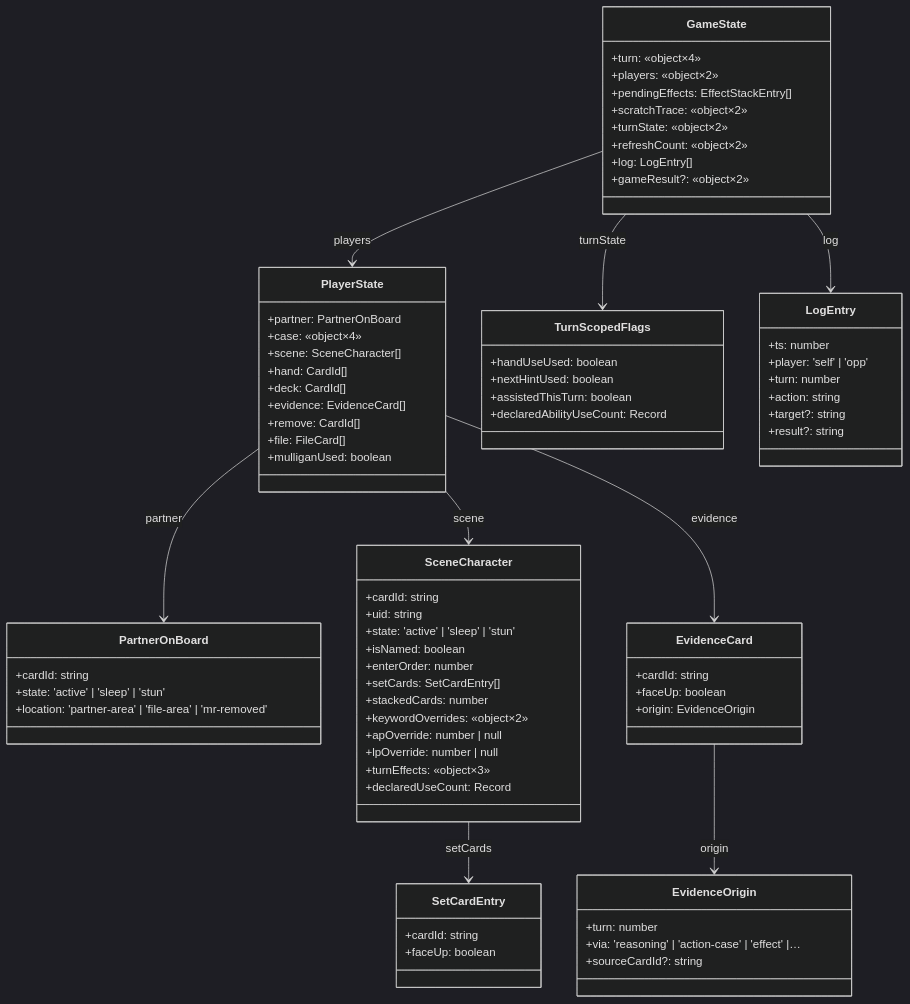
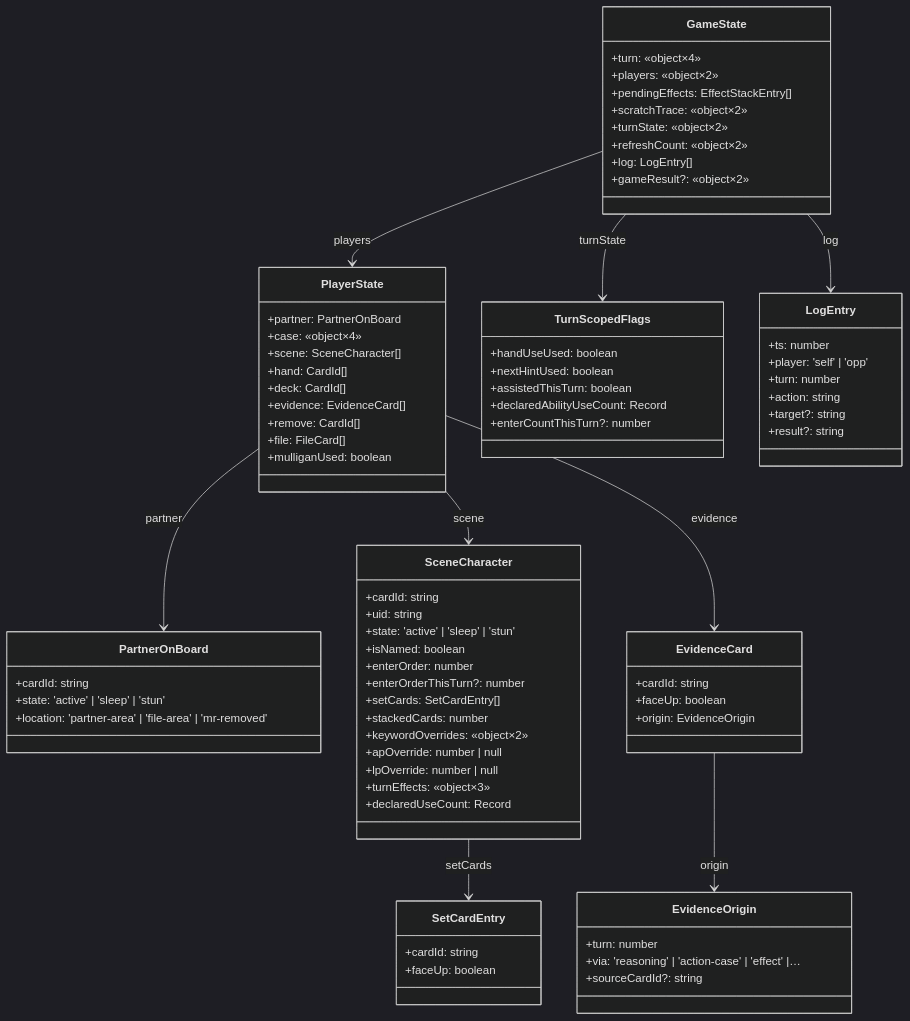
Before and after one commit to orihekat78/TCGApp: the diagram in .claude/auto/state/game-state.md, drawn with Mermaid (dark theme). The commit also changed other lines of this file and 79 other files, not shown here.

````diff
--- a/.claude/auto/state/game-state.md
+++ b/.claude/auto/state/game-state.md
@@ -13,79 +13,81 @@
 ```mermaid
 classDiagram
   class GameState {
     +turn: «object×4»
     +players: «object×2»
     +pendingEffects: EffectStackEntry[]
     +scratchTrace: «object×2»
     +turnState: «object×2»
     +refreshCount: «object×2»
     +log: LogEntry[]
     +gameResult?: «object×2»
   }
   class PlayerState {
     +partner: PartnerOnBoard
     +case: «object×4»
     +scene: SceneCharacter[]
     +hand: CardId[]
     +deck: CardId[]
     +evidence: EvidenceCard[]
     +remove: CardId[]
     +file: FileCard[]
     +mulliganUsed: boolean
   }
   class TurnScopedFlags {
     +handUseUsed: boolean
     +nextHintUsed: boolean
     +assistedThisTurn: boolean
     +declaredAbilityUseCount: Record<string, number>
+    +enterCountThisTurn?: number
   }
   class LogEntry {
     +ts: number
     +player: 'self' | 'opp'
     +turn: number
     +action: string
     +target?: string
     +result?: string
   }
   class PartnerOnBoard {
     +cardId: string
     +state: 'active' | 'sleep' | 'stun'
     +location: 'partner-area' | 'file-area' | 'mr-removed'
   }
   class SceneCharacter {
     +cardId: string
     +uid: string
     +state: 'active' | 'sleep' | 'stun'
     +isNamed: boolean
     +enterOrder: number
+    +enterOrderThisTurn?: number
     +setCards: SetCardEntry[]
     +stackedCards: number
     +keywordOverrides: «object×2»
     +apOverride: number | null
     +lpOverride: number | null
     +turnEffects: «object×3»
     +declaredUseCount: Record<string, number>
   }
   class EvidenceCard {
     +cardId: string
     +faceUp: boolean
     +origin: EvidenceOrigin
   }
   class SetCardEntry {
     +cardId: string
     +faceUp: boolean
   }
   class EvidenceOrigin {
     +turn: number
     +via: 'reasoning' | 'action-case' | 'effect' |…
     +sourceCardId?: string
   }
   GameState --> PlayerState : players
   GameState --> TurnScopedFlags : turnState
   GameState --> LogEntry : log
   PlayerState --> PartnerOnBoard : partner
   PlayerState --> SceneCharacter : scene
   PlayerState --> EvidenceCard : evidence
   SceneCharacter --> SetCardEntry : setCards
   EvidenceCard --> EvidenceOrigin : origin
 ```
````
